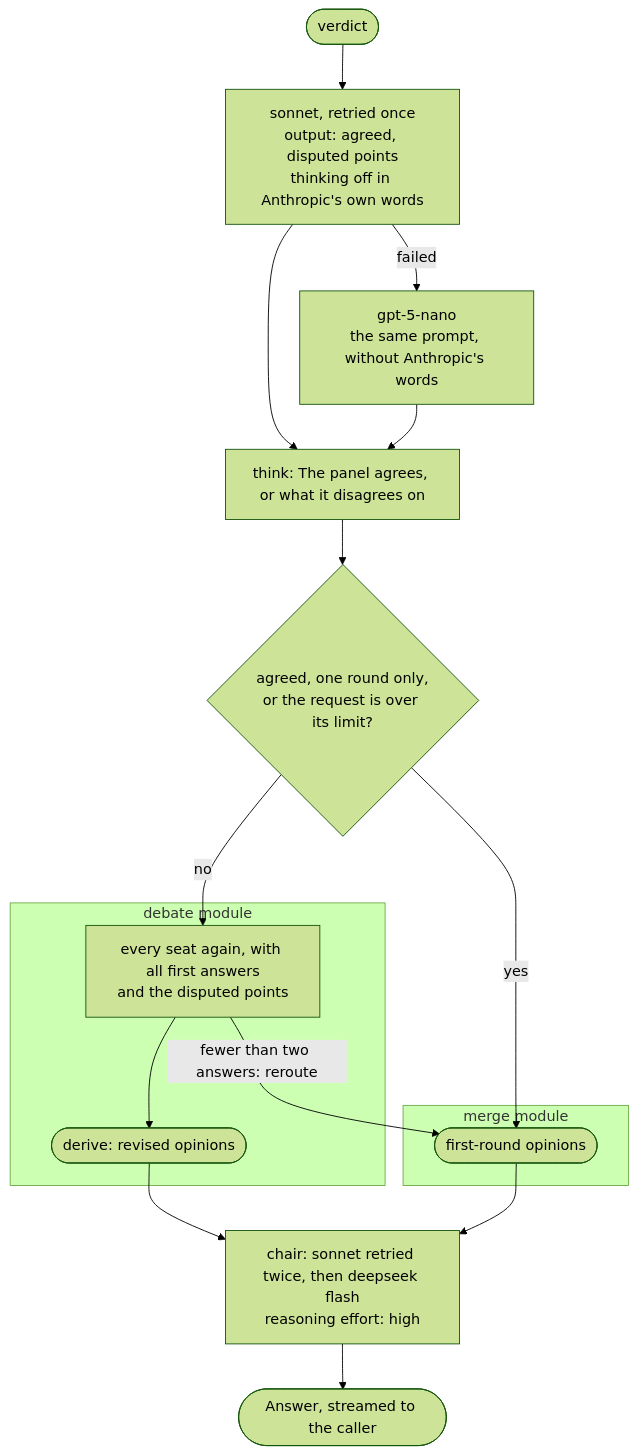
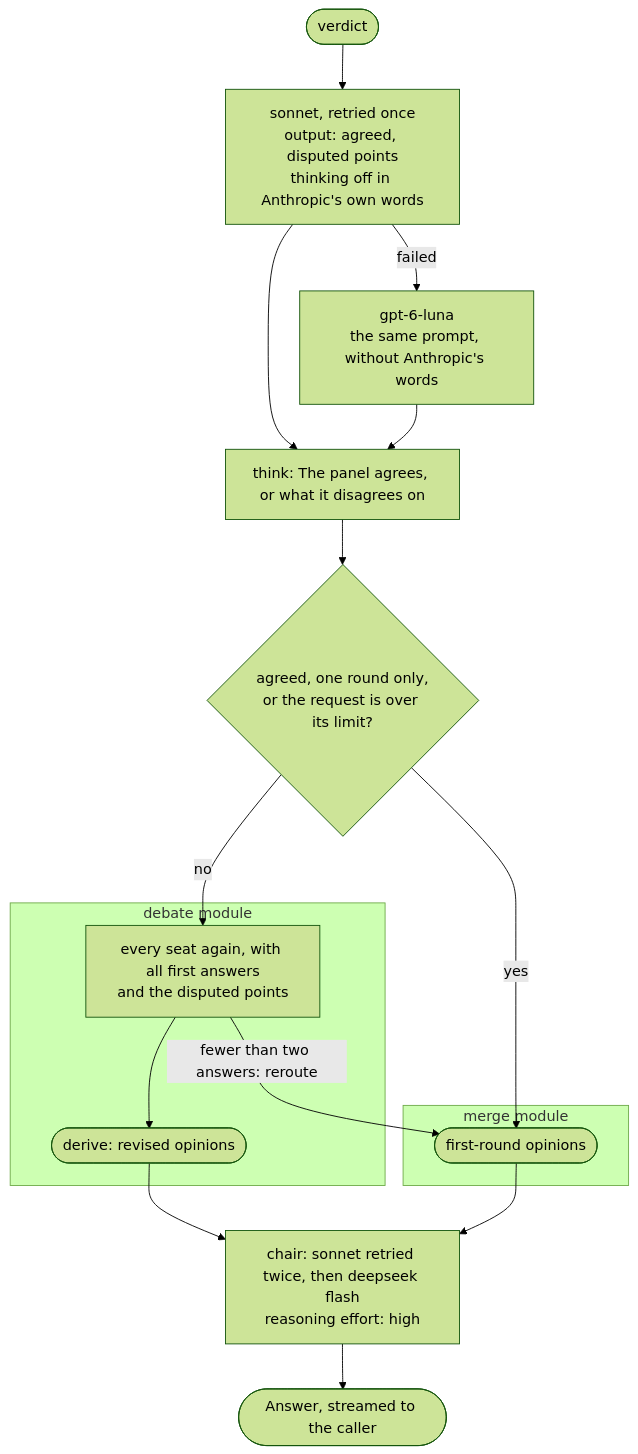
The third of 3 diagrams in examples/council/README.md (skrrt-sh/motty-sdk), drawn with Mermaid (forest theme) before and after one commit. The commit also changed other lines of this file and 138 other files, not shown here.

````diff
--- a/examples/council/README.md
+++ b/examples/council/README.md
@@ -91,25 +91,25 @@
 ```mermaid
 flowchart TD
   start([verdict]) --> judge["sonnet, retried once<br/>output: agreed, disputed points<br/>thinking off in Anthropic's own words"]
-  judge -- "failed" --> standin["gpt-5-nano<br/>the same prompt, without Anthropic's words"]
+  judge -- "failed" --> standin["gpt-6-luna<br/>the same prompt, without Anthropic's words"]
   judge --> said
   standin --> said["think: The panel agrees, or what it disagrees on"]
   said --> choose{"agreed, one round only,<br/>or the request is over its limit?"}
 
   choose -- yes --> merge
   choose -- no --> second
 
   subgraph debate [debate module]
     second["every seat again, with all first answers<br/>and the disputed points"]
     second --> revised([derive: revised opinions])
   end
 
   subgraph mergeModule [merge module]
     merge([first-round opinions])
   end
 
   revised --> chair
   merge --> chair["chair: sonnet retried twice, then deepseek flash<br/>reasoning effort: high"]
   second -- "fewer than two answers: reroute" --> merge
   chair --> answer([Answer, streamed to the caller])
 ```
````
